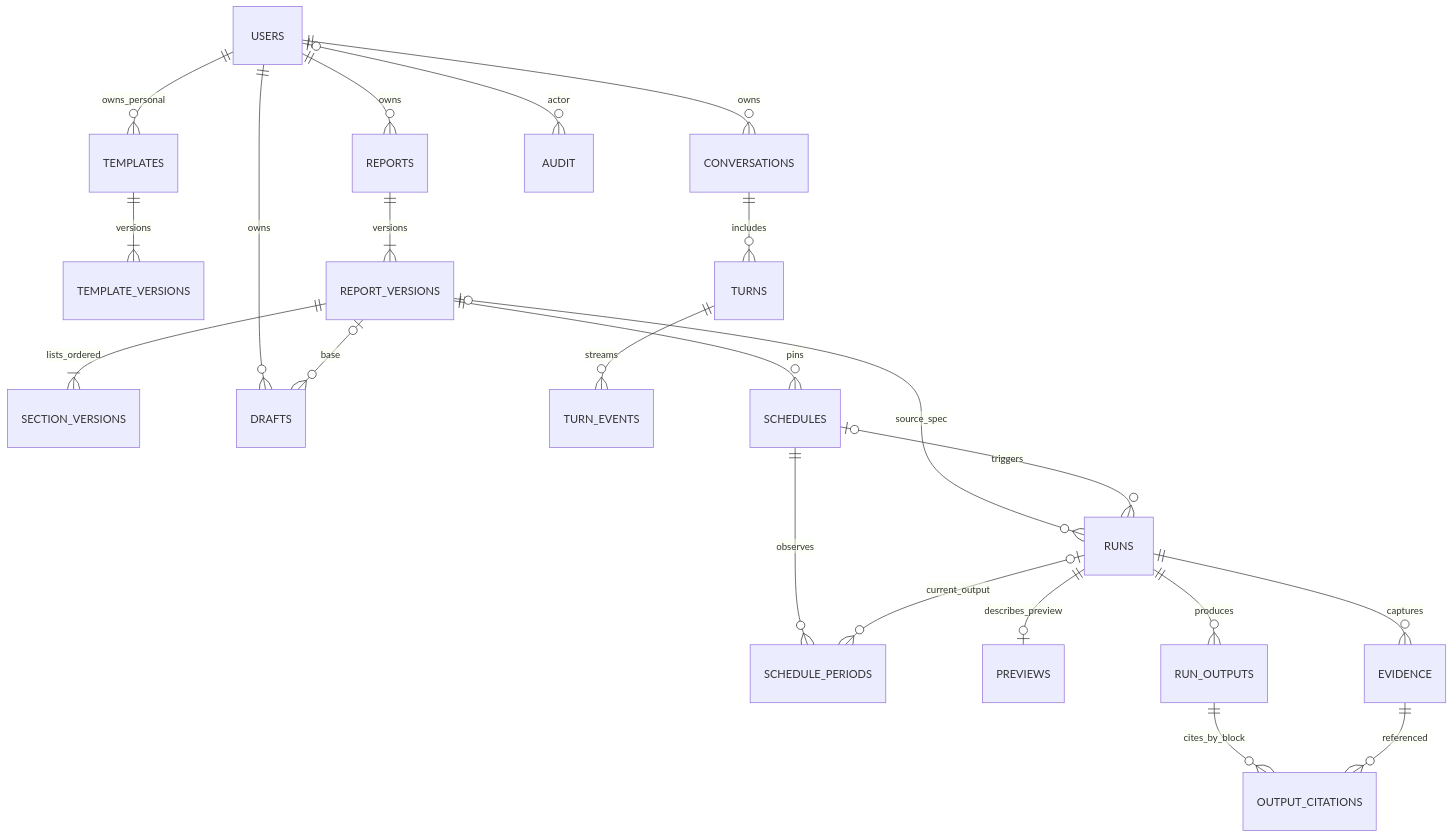
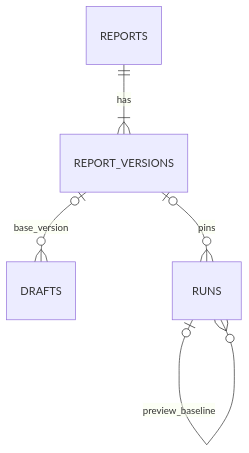
The second of 2 diagrams in docs/collab/plans/PLAN.md (alexwday/aegis-report-agent), drawn with Mermaid before and after one commit. The commit also changed other lines of this file and 35 other files, not shown here.

````diff
--- a/docs/collab/plans/PLAN.md
+++ b/docs/collab/plans/PLAN.md
@@ -29,24 +21,7 @@
 ```mermaid
 erDiagram
-  USERS ||--o{ REPORTS : owns
-  USERS ||--o{ TEMPLATES : owns_personal
-  TEMPLATES ||--|{ TEMPLATE_VERSIONS : versions
-  REPORTS ||--|{ REPORT_VERSIONS : versions
-  REPORT_VERSIONS ||--|{ SECTION_VERSIONS : lists_ordered
-  USERS ||--o{ DRAFTS : owns
-  REPORT_VERSIONS o|--o{ DRAFTS : base
-  USERS ||--o{ CONVERSATIONS : owns
-  CONVERSATIONS ||--o{ TURNS : includes
-  TURNS ||--o{ TURN_EVENTS : streams
-  REPORT_VERSIONS ||--o{ SCHEDULES : pins
-  REPORT_VERSIONS o|--o{ RUNS : source_spec
-  SCHEDULES o|--o{ RUNS : triggers
-  SCHEDULES ||--o{ SCHEDULE_PERIODS : observes
-  RUNS o|--o{ SCHEDULE_PERIODS : current_output
-  RUNS ||--o| PREVIEWS : describes_preview
-  RUNS ||--o{ RUN_OUTPUTS : produces
-  RUNS ||--o{ EVIDENCE : captures
-  RUN_OUTPUTS ||--o{ OUTPUT_CITATIONS : cites_by_block
-  EVIDENCE ||--o{ OUTPUT_CITATIONS : referenced
-  USERS o|--o{ AUDIT : actor
+  REPORTS ||--|{ REPORT_VERSIONS : has
+  REPORT_VERSIONS o|--o{ DRAFTS : base_version
+  REPORT_VERSIONS o|--o{ RUNS : pins
+  RUNS o|--o{ RUNS : preview_baseline
 ```
````
